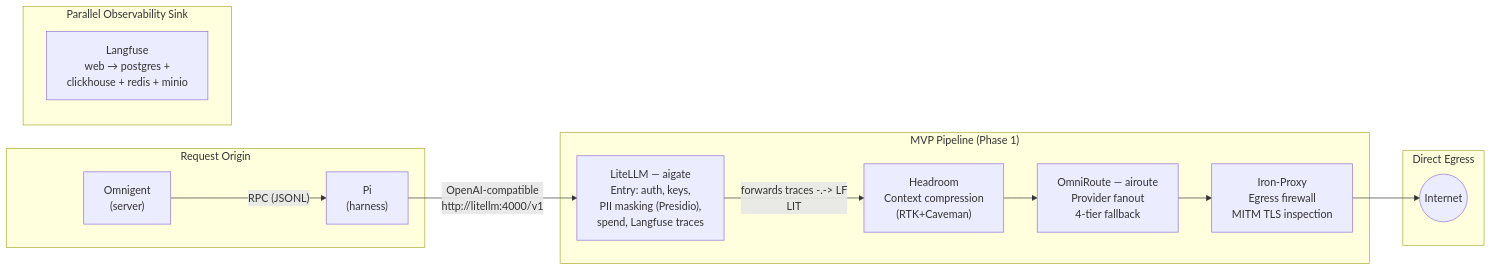
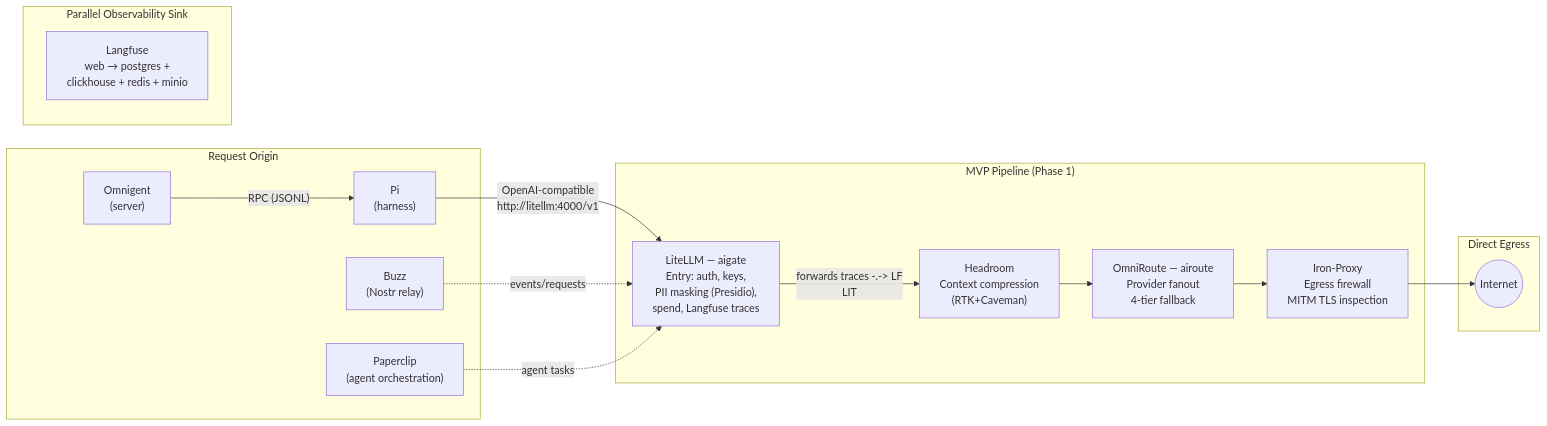
One commit to levonk/infrahub changed the first of 2 diagrams in shared/docs/PIPELINE-AI.md. Above: the diagram before and after it, drawn with Mermaid. The commit also changed other lines of this file and 2 other files, not shown here.

First line of the commit message:
docs: update PIPELINE-AI.md and add Buzz PRD/tasks

````diff
--- a/shared/docs/PIPELINE-AI.md
+++ b/shared/docs/PIPELINE-AI.md
@@ -5,27 +5,31 @@
 ```mermaid
 flowchart LR
     subgraph Origin["Request Origin"]
         OMN["Omnigent\n(server)"]
         PI["Pi\n(harness)"]
         OMN -- "RPC (JSONL)" --> PI
+        BUZZ["Buzz\n(Nostr relay)"]
+        PAPER["Paperclip\n(agent orchestration)"]
     end
 
     subgraph Pipeline["MVP Pipeline (Phase 1)"]
         LIT["LiteLLM — aigate\nEntry: auth, keys,\nPII masking (Presidio),\nspend, Langfuse traces"]
         HEAD["Headroom\nContext compression\n(RTK+Caveman)"]
         OR["OmniRoute — airoute\nProvider fanout\n4-tier fallback"]
         IP["Iron-Proxy\nEgress firewall\nMITM TLS inspection"]
     end
 
     subgraph Observability["Parallel Observability Sink"]
         LF["Langfuse\nweb → postgres +\nclickhouse + redis + minio"]
     end
 
     subgraph Egress["Direct Egress"]
         NET(("Internet"))
     end
 
     PI -- "OpenAI-compatible\nhttp://litellm:4000/v1" --> LIT
+    BUZZ -. "events/requests" .-> LIT
+    PAPER -. "agent tasks" .-> LIT
     LIT -- "forwards traces" -.-> LF
     LIT --> HEAD --> OR --> IP --> NET
 ```
````
